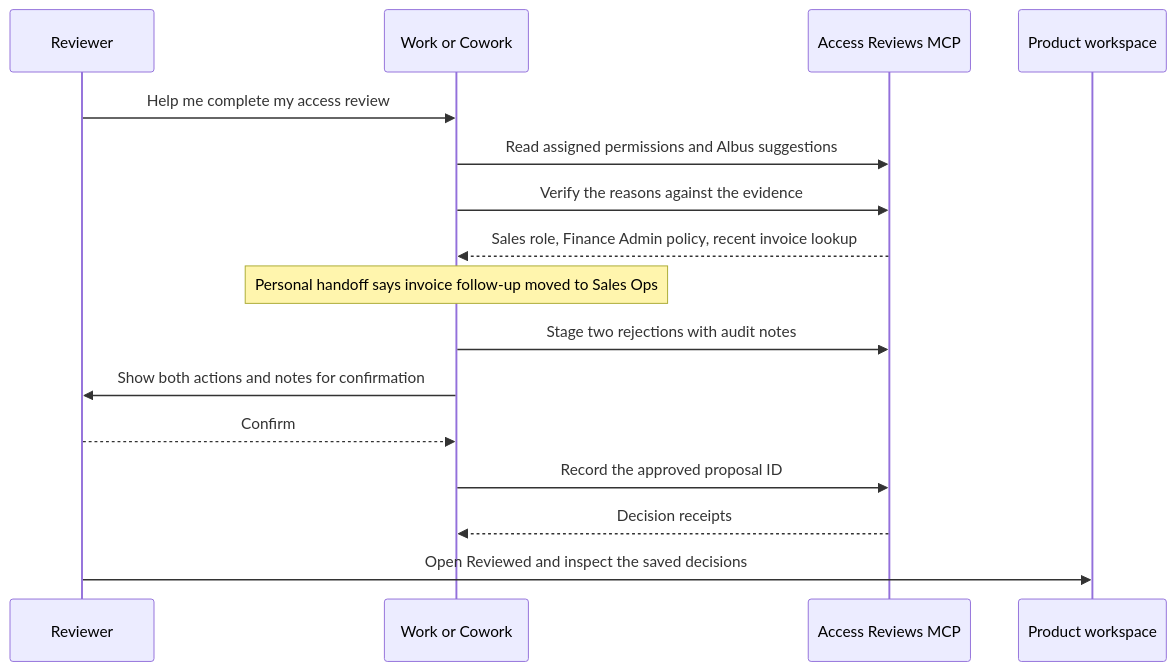
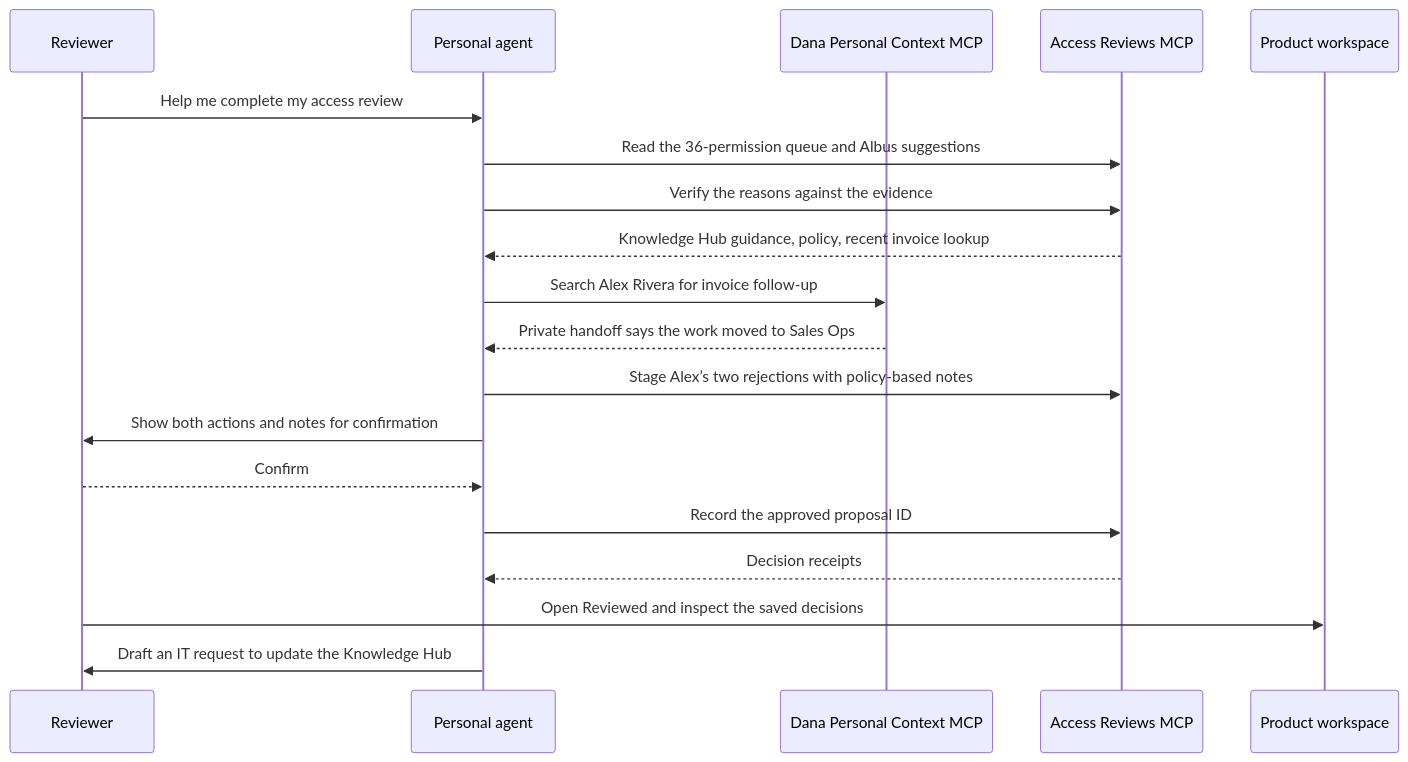
Before and after one commit to BlakeB-PM/lumos-review-demo: the second of 2 diagrams in docs/diagrams.md, drawn with Mermaid. The commit also changed other lines of this file and 10 other files, not shown here.

Commit message:
Add separate personal context MCP and document review workflow

```diff
--- a/docs/diagrams.md
+++ b/docs/diagrams.md
@@ -16,18 +19,21 @@
 ~~~mermaid
 sequenceDiagram
     participant H as Reviewer
-    participant C as Work or Cowork
+    participant C as Personal agent
+    participant P as Dana Personal Context MCP
     participant S as Access Reviews MCP
     participant U as Product workspace
     H->>C: Help me complete my access review
-    C->>S: Read assigned permissions and Albus suggestions
+    C->>S: Read the 36-permission queue and Albus suggestions
     C->>S: Verify the reasons against the evidence
-    S-->>C: Sales role, Finance Admin policy, recent invoice lookup
-    Note over C: Personal handoff says invoice follow-up moved to Sales Ops
-    C->>S: Stage two rejections with audit notes
+    S-->>C: Knowledge Hub guidance, policy, recent invoice lookup
+    C->>P: Search Alex Rivera for invoice follow-up
+    P-->>C: Private handoff says the work moved to Sales Ops
+    C->>S: Stage Alex’s two rejections with policy-based notes
     C->>H: Show both actions and notes for confirmation
     H-->>C: Confirm
     C->>S: Record the approved proposal ID
     S-->>C: Decision receipts
     H->>U: Open Reviewed and inspect the saved decisions
+    C->>H: Draft an IT request to update the Knowledge Hub
 ~~~
```
